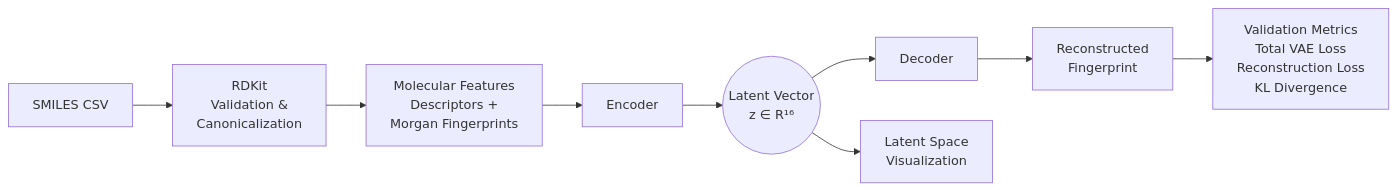
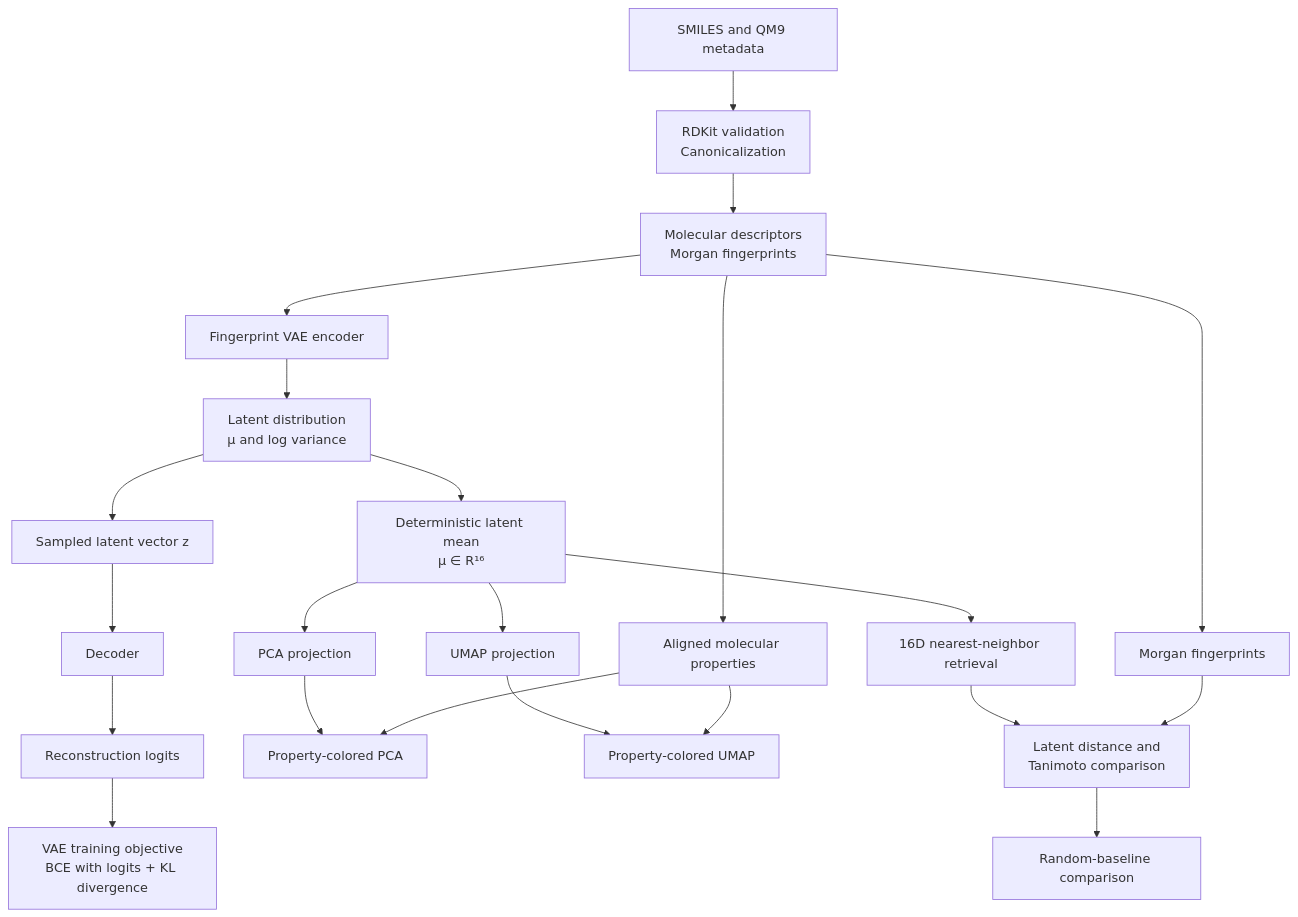
The first of 2 diagrams in docs/METHODOLOGY.md (rizonehyseni/Latent-Space-Explorer), drawn with Mermaid before and after one commit.

Commit message:
Revise methodology documentation for VAE and preprocessing
Updated the methodology document to enhance clarity and detail in the VAE process and molecular preprocessing steps.

````diff
--- a/docs/METHODOLOGY.md
+++ b/docs/METHODOLOGY.md
@@ -9,11 +9,28 @@
 ```mermaid
-flowchart LR
-    A[SMILES CSV] --> B[RDKit<br/>Validation &<br/>Canonicalization]
-    B --> C[Molecular Features<br/>Descriptors +<br/>Morgan Fingerprints]
-    C --> D[Encoder]
-    D --> E((Latent Vector<br/>z ∈ R¹⁶))
-    E --> F[Decoder]
-    F --> G[Reconstructed<br/>Fingerprint]
-    G --> H[Validation Metrics<br/>Total VAE Loss<br/>Reconstruction Loss<br/>KL Divergence]
-    E --> I[Latent Space<br/>Visualization]
+flowchart TD
+    A["SMILES and QM9 metadata"] --> B["RDKit validation<br/>Canonicalization"]
+    B --> C["Molecular descriptors<br/>Morgan fingerprints"]
+
+    C --> D["Fingerprint VAE encoder"]
+    D --> E["Latent distribution<br/>μ and log variance"]
+    E --> F["Sampled latent vector z"]
+    F --> G["Decoder"]
+    G --> H["Reconstruction logits"]
+    H --> I["VAE training objective<br/>BCE with logits + KL divergence"]
+
+    E --> J["Deterministic latent mean<br/>μ ∈ R¹⁶"]
+    J --> K["PCA projection"]
+    J --> L["UMAP projection"]
+
+    C --> M["Aligned molecular properties"]
+    K --> N["Property-colored PCA"]
+    L --> O["Property-colored UMAP"]
+    M --> N
+    M --> O
+
+    J --> P["16D nearest-neighbor retrieval"]
+    C --> Q["Morgan fingerprints"]
+    P --> R["Latent distance and<br/>Tanimoto comparison"]
+    Q --> R
+    R --> S["Random-baseline comparison"]
 ```
````
